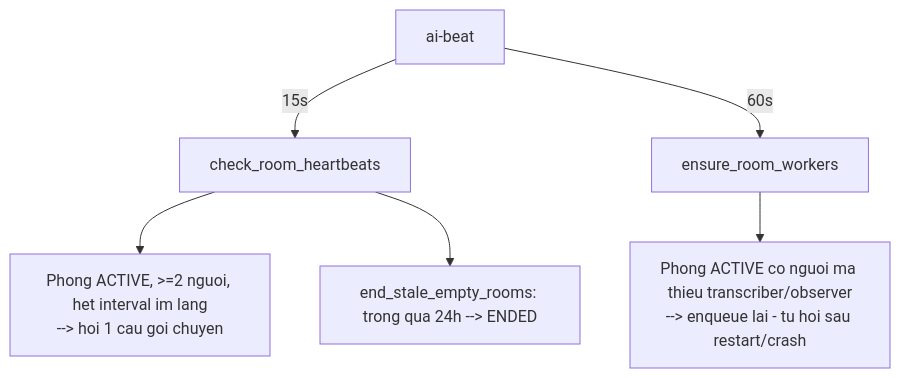
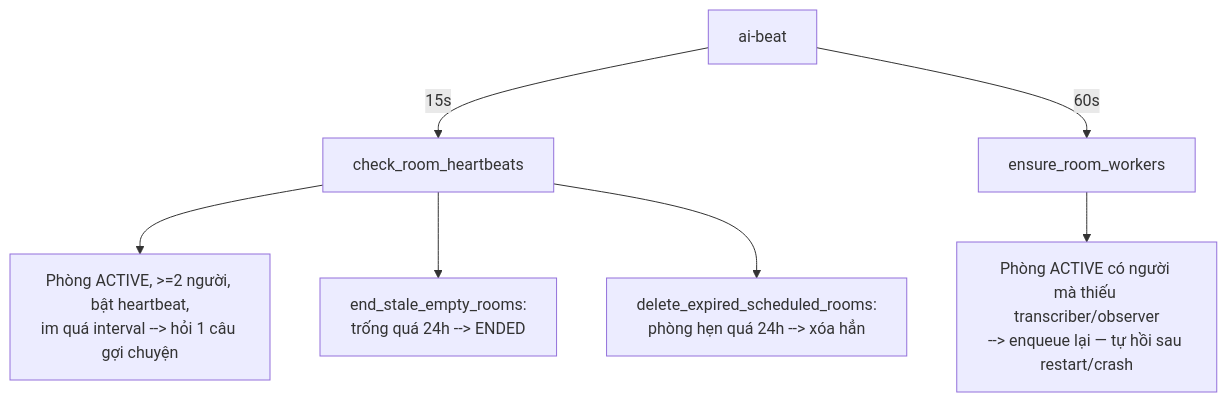
Before and after one commit to bexanhtuoi/E-Room: the sixth of 14 diagrams in docs/workflow.md, drawn with Mermaid. The commit also changed other lines of this file and 7 other files, not shown here.

````diff
--- a/docs/workflow.md
+++ b/docs/workflow.md
@@ -94,8 +95,9 @@
 ```mermaid
 flowchart TD
     BEAT[ai-beat] -->|15s| HB[check_room_heartbeats]
-    HB --> H1[Phong ACTIVE, >=2 nguoi, het interval im lang<br/>--> hoi 1 cau goi chuyen]
-    HB --> H2[end_stale_empty_rooms: trong qua 24h --> ENDED]
+    HB --> H1[Phòng ACTIVE, >=2 người, bật heartbeat,<br/>im quá interval --> hỏi 1 câu gợi chuyện]
+    HB --> H2[end_stale_empty_rooms:<br/>trống quá 24h --> ENDED]
+    HB --> H3[delete_expired_scheduled_rooms:<br/>phòng hẹn quá 24h --> xóa hẳn]
     BEAT -->|60s| EW[ensure_room_workers]
-    EW --> W1[Phong ACTIVE co nguoi ma thieu transcriber/observer<br/>--> enqueue lai - tu hoi sau restart/crash]
+    EW --> W1[Phòng ACTIVE có người mà thiếu transcriber/observer<br/>--> enqueue lại — tự hồi sau restart/crash]
 ```
````
